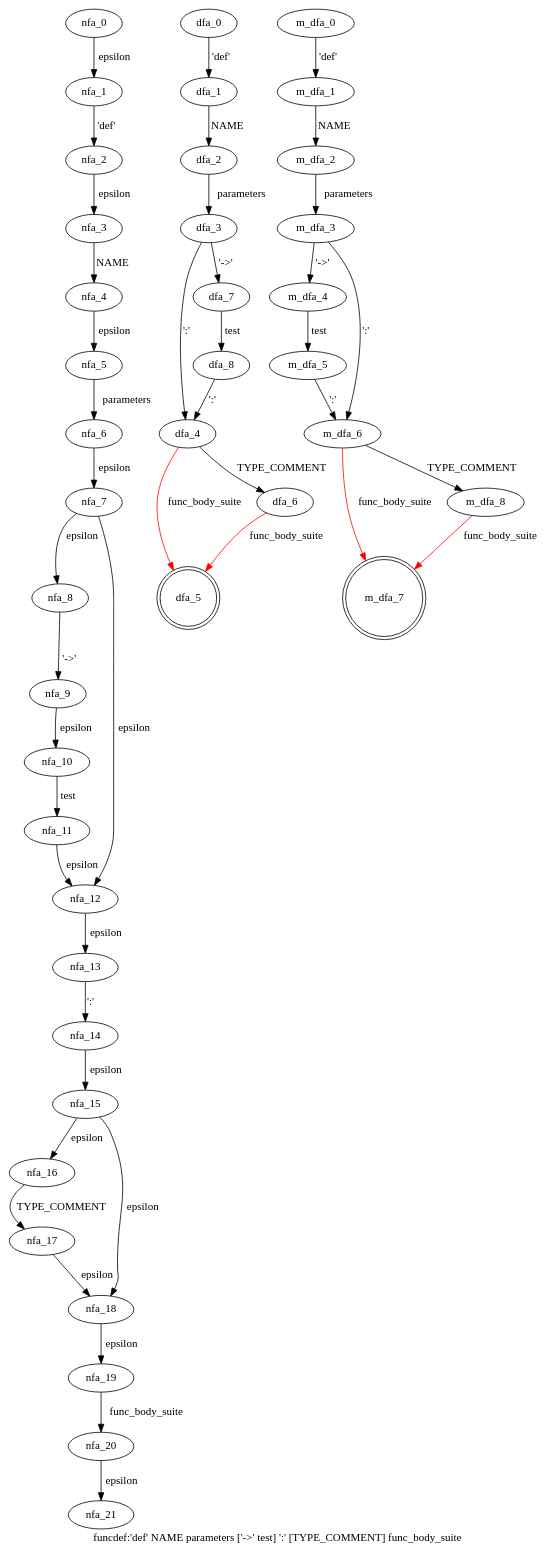
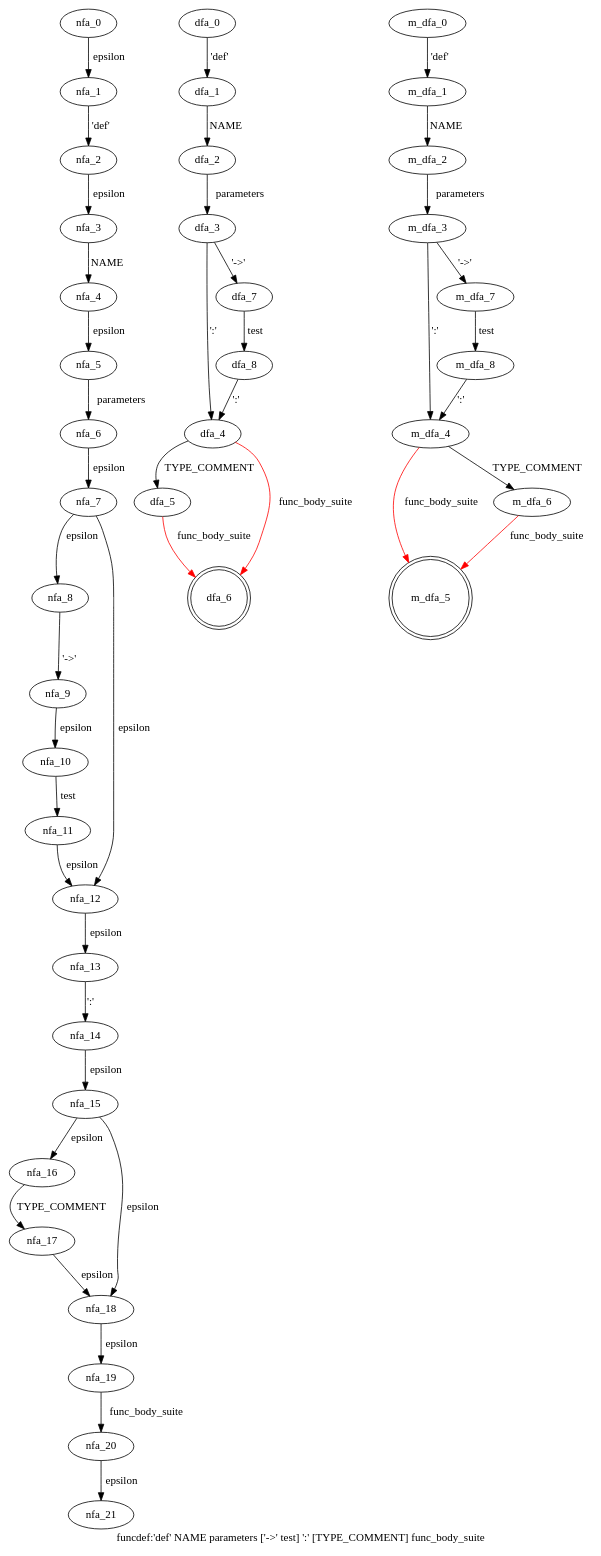
Before and after one commit to WinChua/blog: the diagram in cpython/grammar/handwrite/nfa_dfas/7.funcdef.dot, drawn with Graphviz. The commit also changed 47 other files, not shown here.

```diff
--- a/cpython/grammar/handwrite/nfa_dfas/7.funcdef.dot
+++ b/cpython/grammar/handwrite/nfa_dfas/7.funcdef.dot
@@ -1,54 +1,54 @@
 digraph funcdef {
  graph[label="funcdef:'def' NAME parameters ['->' test] ':' [TYPE_COMMENT] func_body_suite"]
  subgraph funcdef_nfa {
   nfa_0->nfa_1[label="epsilon"]
   nfa_1->nfa_2[label="'def'"]
   nfa_2->nfa_3[label="epsilon"]
   nfa_3->nfa_4[label="NAME"]
   nfa_4->nfa_5[label="epsilon"]
   nfa_5->nfa_6[label="parameters"]
   nfa_6->nfa_7[label="epsilon"]
   nfa_7->nfa_8[label="epsilon"]
   nfa_8->nfa_9[label="'->'"]
   nfa_9->nfa_10[label="epsilon"]
   nfa_10->nfa_11[label="test"]
   nfa_11->nfa_12[label="epsilon"]
   nfa_12->nfa_13[label="epsilon"]
   nfa_13->nfa_14[label="':'"]
   nfa_14->nfa_15[label="epsilon"]
   nfa_15->nfa_16[label="epsilon"]
   nfa_16->nfa_17[label="TYPE_COMMENT"]
   nfa_17->nfa_18[label="epsilon"]
   nfa_18->nfa_19[label="epsilon"]
   nfa_19->nfa_20[label="func_body_suite"]
   nfa_20->nfa_21[label="epsilon"]
   nfa_15->nfa_18[label="epsilon"]
   nfa_7->nfa_12[label="epsilon"]
   }
  subgraph funcdef_dfa {
   dfa_0->dfa_1[label="'def'"]
   dfa_1->dfa_2[label="NAME"]
   dfa_2->dfa_3[label="parameters"]
   dfa_3->dfa_4[label="':'"]
-  dfa_4->dfa_5[label="func_body_suite",color=red]
-  dfa_4->dfa_6[label="TYPE_COMMENT"]
-  dfa_6->dfa_5[label="func_body_suite",color=red]
+  dfa_4->dfa_5[label="TYPE_COMMENT"]
+  dfa_5->dfa_6[label="func_body_suite",color=red]
+  dfa_4->dfa_6[label="func_body_suite",color=red]
   dfa_3->dfa_7[label="'->'"]
   dfa_7->dfa_8[label="test"]
   dfa_8->dfa_4[label="':'"]
-  dfa_5[shape=doublecircle]
+  dfa_6[shape=doublecircle]
   }
  subgraph funcdef_m_dfa {
   m_dfa_0->m_dfa_1[label="'def'"]
   m_dfa_1->m_dfa_2[label="NAME"]
   m_dfa_2->m_dfa_3[label="parameters"]
-  m_dfa_3->m_dfa_4[label="'->'"]
-  m_dfa_4->m_dfa_5[label="test"]
-  m_dfa_5->m_dfa_6[label="':'"]
-  m_dfa_6->m_dfa_7[label="func_body_suite",color=red]
-  m_dfa_6->m_dfa_8[label="TYPE_COMMENT"]
-  m_dfa_8->m_dfa_7[label="func_body_suite",color=red]
-  m_dfa_3->m_dfa_6[label="':'"]
-  m_dfa_7[shape=doublecircle]
+  m_dfa_3->m_dfa_4[label="':'"]
+  m_dfa_4->m_dfa_5[label="func_body_suite",color=red]
+  m_dfa_4->m_dfa_6[label="TYPE_COMMENT"]
+  m_dfa_6->m_dfa_5[label="func_body_suite",color=red]
+  m_dfa_3->m_dfa_7[label="'->'"]
+  m_dfa_7->m_dfa_8[label="test"]
+  m_dfa_8->m_dfa_4[label="':'"]
+  m_dfa_5[shape=doublecircle]
   }
 }
```
